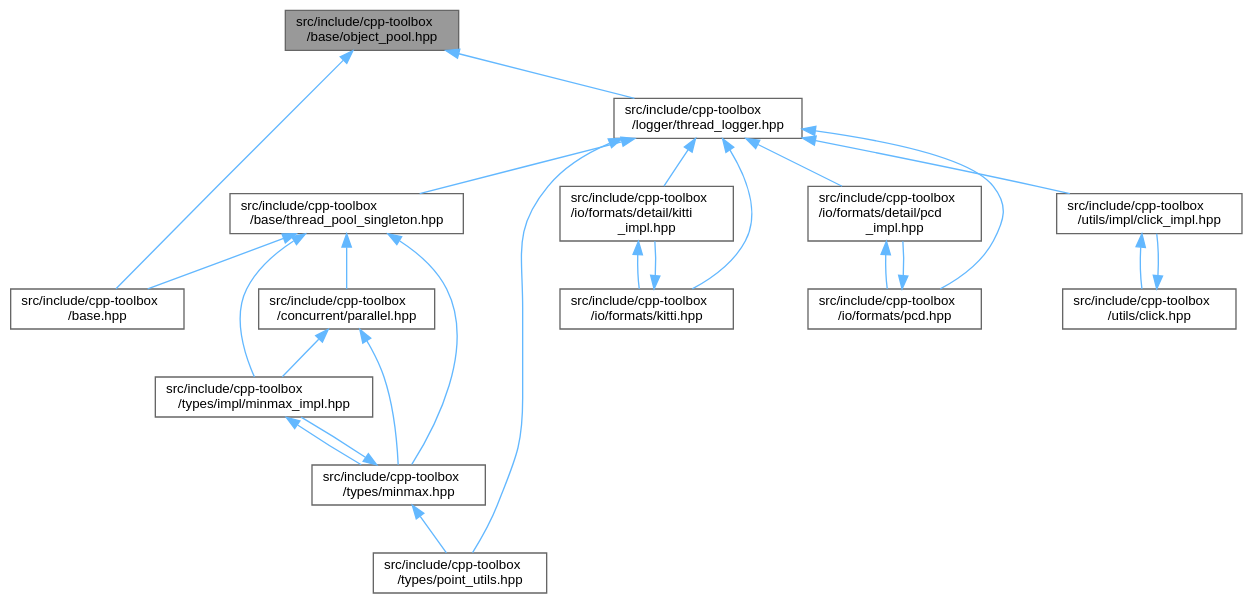
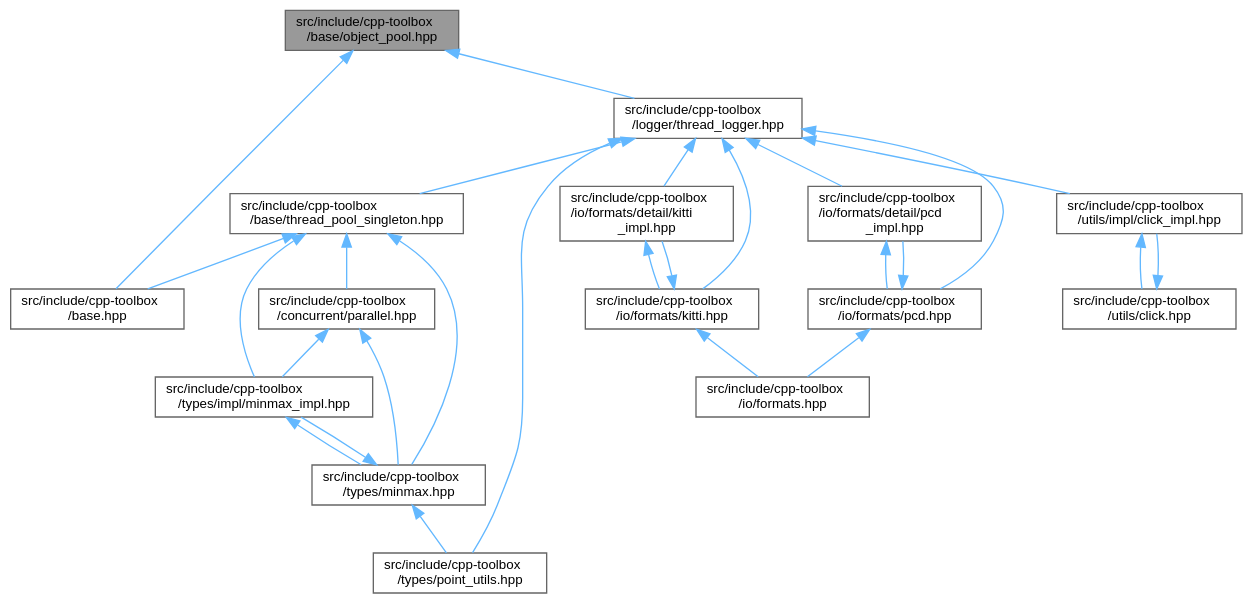
One commit to nerdneilsfield/cpp-toolbox changed the diagram in object__pool_8hpp__dep__incl.dot. Above: the diagram before and after it, drawn with Graphviz. The commit also changed 52 other files, not shown here.

```diff
--- a/object__pool_8hpp__dep__incl.dot
+++ b/object__pool_8hpp__dep__incl.dot
@@ -1,45 +1,48 @@
 digraph "src/include/cpp-toolbox/base/object_pool.hpp"
 {
  // LATEX_PDF_SIZE
   bgcolor="transparent";
   edge [fontname=Helvetica,fontsize=10,labelfontname=Helvetica,labelfontsize=10];
   node [fontname=Helvetica,fontsize=10,shape=box,height=0.2,width=0.4];
   Node1 [id="Node000001",label="src/include/cpp-toolbox\l/base/object_pool.hpp",height=0.2,width=0.4,color="gray40", fillcolor="grey60", style="filled", fontcolor="black",tooltip=" "];
   Node1 -> Node2 [id="edge1_Node000001_Node000002",dir="back",color="steelblue1",style="solid",tooltip=" "];
   Node2 [id="Node000002",label="src/include/cpp-toolbox\l/base.hpp",height=0.2,width=0.4,color="grey40", fillcolor="white", style="filled",URL="$base_8hpp.html",tooltip=" "];
   Node1 -> Node3 [id="edge2_Node000001_Node000003",dir="back",color="steelblue1",style="solid",tooltip=" "];
   Node3 [id="Node000003",label="src/include/cpp-toolbox\l/logger/thread_logger.hpp",height=0.2,width=0.4,color="grey40", fillcolor="white", style="filled",URL="$thread__logger_8hpp.html",tooltip=" "];
   Node3 -> Node4 [id="edge3_Node000003_Node000004",dir="back",color="steelblue1",style="solid",tooltip=" "];
   Node4 [id="Node000004",label="src/include/cpp-toolbox\l/base/thread_pool_singleton.hpp",height=0.2,width=0.4,color="grey40", fillcolor="white", style="filled",URL="$thread__pool__singleton_8hpp.html",tooltip=" "];
   Node4 -> Node2 [id="edge4_Node000004_Node000002",dir="back",color="steelblue1",style="solid",tooltip=" "];
   Node4 -> Node5 [id="edge5_Node000004_Node000005",dir="back",color="steelblue1",style="solid",tooltip=" "];
   Node5 [id="Node000005",label="src/include/cpp-toolbox\l/concurrent/parallel.hpp",height=0.2,width=0.4,color="grey40", fillcolor="white", style="filled",URL="$parallel_8hpp.html",tooltip=" "];
   Node5 -> Node6 [id="edge6_Node000005_Node000006",dir="back",color="steelblue1",style="solid",tooltip=" "];
   Node6 [id="Node000006",label="src/include/cpp-toolbox\l/types/impl/minmax_impl.hpp",height=0.2,width=0.4,color="grey40", fillcolor="white", style="filled",URL="$minmax__impl_8hpp.html",tooltip=" "];
   Node6 -> Node7 [id="edge7_Node000006_Node000007",dir="back",color="steelblue1",style="solid",tooltip=" "];
   Node7 [id="Node000007",label="src/include/cpp-toolbox\l/types/minmax.hpp",height=0.2,width=0.4,color="grey40", fillcolor="white", style="filled",URL="$minmax_8hpp.html",tooltip=" "];
   Node7 -> Node6 [id="edge8_Node000007_Node000006",dir="back",color="steelblue1",style="solid",tooltip=" "];
   Node7 -> Node8 [id="edge9_Node000007_Node000008",dir="back",color="steelblue1",style="solid",tooltip=" "];
   Node8 [id="Node000008",label="src/include/cpp-toolbox\l/types/point_utils.hpp",height=0.2,width=0.4,color="grey40", fillcolor="white", style="filled",URL="$point__utils_8hpp.html",tooltip=" "];
   Node5 -> Node7 [id="edge10_Node000005_Node000007",dir="back",color="steelblue1",style="solid",tooltip=" "];
   Node4 -> Node6 [id="edge11_Node000004_Node000006",dir="back",color="steelblue1",style="solid",tooltip=" "];
   Node4 -> Node7 [id="edge12_Node000004_Node000007",dir="back",color="steelblue1",style="solid",tooltip=" "];
   Node3 -> Node9 [id="edge13_Node000003_Node000009",dir="back",color="steelblue1",style="solid",tooltip=" "];
-  Node9 [id="Node000009",label="src/include/cpp-toolbox\l/io/formats/detail/kitti\l_impl.hpp",height=0.2,width=0.4,color="grey40", fillcolor="white", style="filled",URL="$kitti__impl_8hpp.html",tooltip=" "];
+  Node9 [id="Node000009",label="src/include/cpp-toolbox\l/io/formats/detail/kitti\l_impl.hpp",height=0.2,width=0.4,color="grey40", fillcolor="white", style="filled",URL="$kitti__impl_8hpp.html",tooltip="此文件包含 kitti_format_t 的模板实现/This file contains the template implementations for kitti_format_t"];
   Node9 -> Node10 [id="edge14_Node000009_Node000010",dir="back",color="steelblue1",style="solid",tooltip=" "];
   Node10 [id="Node000010",label="src/include/cpp-toolbox\l/io/formats/kitti.hpp",height=0.2,width=0.4,color="grey40", fillcolor="white", style="filled",URL="$kitti_8hpp.html",tooltip=" "];
-  Node10 -> Node9 [id="edge15_Node000010_Node000009",dir="back",color="steelblue1",style="solid",tooltip=" "];
-  Node3 -> Node11 [id="edge16_Node000003_Node000011",dir="back",color="steelblue1",style="solid",tooltip=" "];
-  Node11 [id="Node000011",label="src/include/cpp-toolbox\l/io/formats/detail/pcd\l_impl.hpp",height=0.2,width=0.4,color="grey40", fillcolor="white", style="filled",URL="$pcd__impl_8hpp.html",tooltip="此文件包含 pcd_format_t 的模板实现/This file contains the template implementations for pcd_format_t"];
-  Node11 -> Node12 [id="edge17_Node000011_Node000012",dir="back",color="steelblue1",style="solid",tooltip=" "];
-  Node12 [id="Node000012",label="src/include/cpp-toolbox\l/io/formats/pcd.hpp",height=0.2,width=0.4,color="grey40", fillcolor="white", style="filled",URL="$pcd_8hpp.html",tooltip=" "];
-  Node12 -> Node11 [id="edge18_Node000012_Node000011",dir="back",color="steelblue1",style="solid",tooltip=" "];
-  Node3 -> Node10 [id="edge19_Node000003_Node000010",dir="back",color="steelblue1",style="solid",tooltip=" "];
-  Node3 -> Node12 [id="edge20_Node000003_Node000012",dir="back",color="steelblue1",style="solid",tooltip=" "];
-  Node3 -> Node8 [id="edge21_Node000003_Node000008",dir="back",color="steelblue1",style="solid",tooltip=" "];
+  Node10 -> Node11 [id="edge15_Node000010_Node000011",dir="back",color="steelblue1",style="solid",tooltip=" "];
+  Node11 [id="Node000011",label="src/include/cpp-toolbox\l/io/formats.hpp",height=0.2,width=0.4,color="grey40", fillcolor="white", style="filled",URL="$formats_8hpp.html",tooltip=" "];
+  Node10 -> Node9 [id="edge16_Node000010_Node000009",dir="back",color="steelblue1",style="solid",tooltip=" "];
+  Node3 -> Node12 [id="edge17_Node000003_Node000012",dir="back",color="steelblue1",style="solid",tooltip=" "];
+  Node12 [id="Node000012",label="src/include/cpp-toolbox\l/io/formats/detail/pcd\l_impl.hpp",height=0.2,width=0.4,color="grey40", fillcolor="white", style="filled",URL="$pcd__impl_8hpp.html",tooltip="此文件包含 pcd_format_t 的模板实现/This file contains the template implementations for pcd_format_t"];
+  Node12 -> Node13 [id="edge18_Node000012_Node000013",dir="back",color="steelblue1",style="solid",tooltip=" "];
+  Node13 [id="Node000013",label="src/include/cpp-toolbox\l/io/formats/pcd.hpp",height=0.2,width=0.4,color="grey40", fillcolor="white", style="filled",URL="$pcd_8hpp.html",tooltip=" "];
+  Node13 -> Node11 [id="edge19_Node000013_Node000011",dir="back",color="steelblue1",style="solid",tooltip=" "];
+  Node13 -> Node12 [id="edge20_Node000013_Node000012",dir="back",color="steelblue1",style="solid",tooltip=" "];
+  Node3 -> Node10 [id="edge21_Node000003_Node000010",dir="back",color="steelblue1",style="solid",tooltip=" "];
   Node3 -> Node13 [id="edge22_Node000003_Node000013",dir="back",color="steelblue1",style="solid",tooltip=" "];
-  Node13 [id="Node000013",label="src/include/cpp-toolbox\l/utils/impl/click_impl.hpp",height=0.2,width=0.4,color="grey40", fillcolor="white", style="filled",URL="$click__impl_8hpp.html",tooltip=" "];
-  Node13 -> Node14 [id="edge23_Node000013_Node000014",dir="back",color="steelblue1",style="solid",tooltip=" "];
-  Node14 [id="Node000014",label="src/include/cpp-toolbox\l/utils/click.hpp",height=0.2,width=0.4,color="grey40", fillcolor="white", style="filled",URL="$click_8hpp.html",tooltip=" "];
-  Node14 -> Node13 [id="edge24_Node000014_Node000013",dir="back",color="steelblue1",style="solid",tooltip=" "];
+  Node3 -> Node8 [id="edge23_Node000003_Node000008",dir="back",color="steelblue1",style="solid",tooltip=" "];
+  Node3 -> Node14 [id="edge24_Node000003_Node000014",dir="back",color="steelblue1",style="solid",tooltip=" "];
+  Node14 [id="Node000014",label="src/include/cpp-toolbox\l/utils/impl/click_impl.hpp",height=0.2,width=0.4,color="grey40", fillcolor="white", style="filled",URL="$click__impl_8hpp.html",tooltip=" "];
+  Node14 -> Node15 [id="edge25_Node000014_Node000015",dir="back",color="steelblue1",style="solid",tooltip=" "];
+  Node15 [id="Node000015",label="src/include/cpp-toolbox\l/utils/click.hpp",height=0.2,width=0.4,color="grey40", fillcolor="white", style="filled",URL="$click_8hpp.html",tooltip=" "];
+  Node15 -> Node14 [id="edge26_Node000015_Node000014",dir="back",color="steelblue1",style="solid",tooltip=" "];
 }
```
